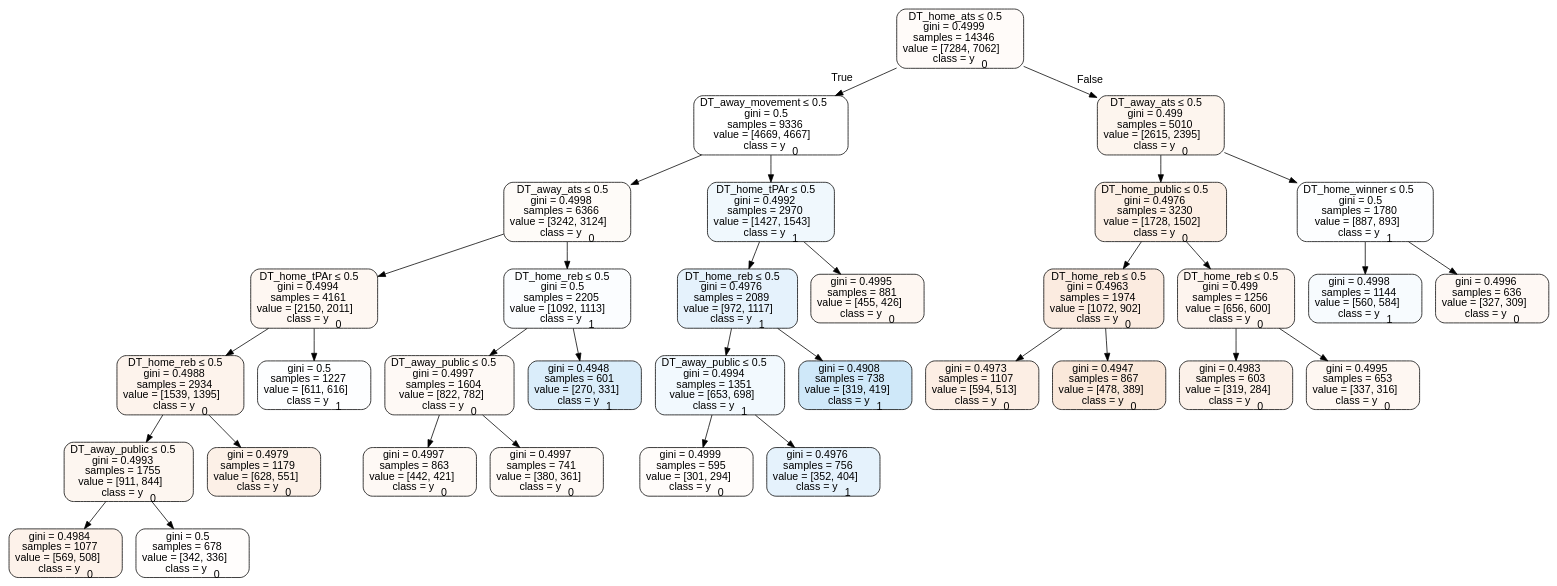
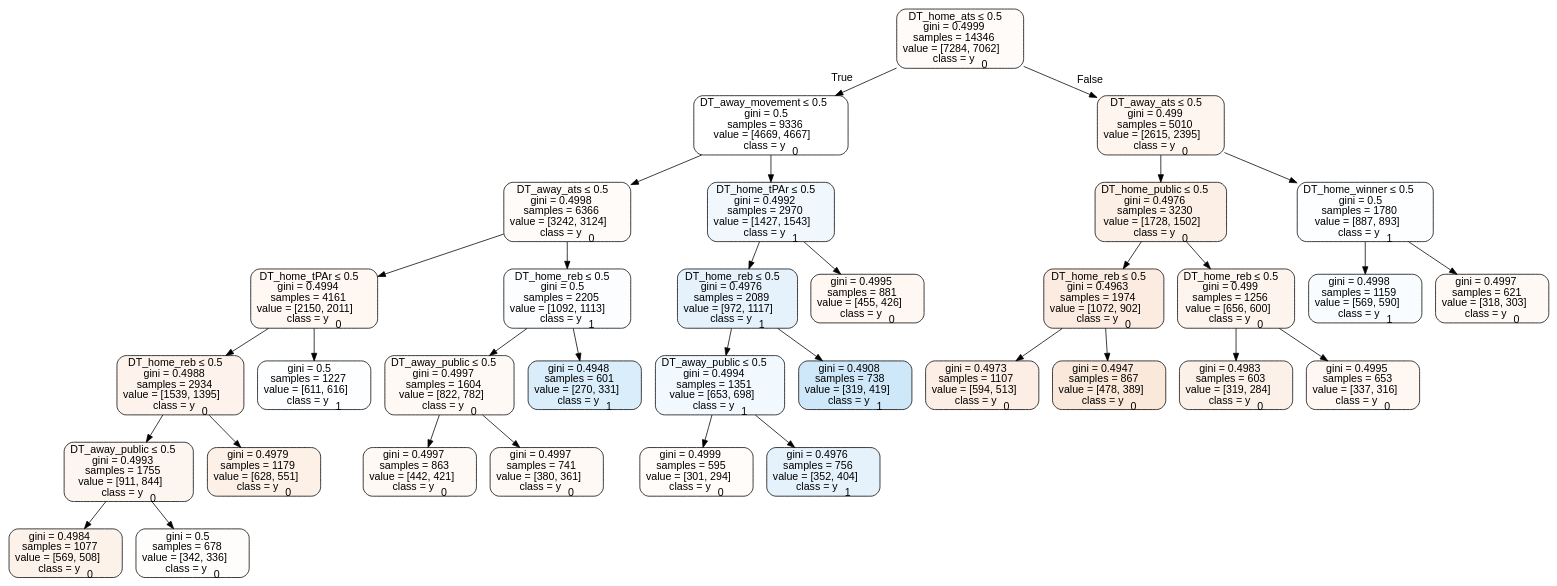
The diagram in tree_data/tree2017home.dot (usbogie/ncaa-bets), drawn with Graphviz before and after one commit. The commit also changed 27 other files, not shown here.

```diff
--- a/tree_data/tree2017home.dot
+++ b/tree_data/tree2017home.dot
@@ -1,69 +1,69 @@
 digraph Tree {
 node [shape=box, style="filled, rounded", color="black", fontname=helvetica] ;
 edge [fontname=helvetica] ;
 0 [label=<DT_home_ats &le; 0.5<br/>gini = 0.4999<br/>samples = 14346<br/>value = [7284, 7062]<br/>class = y<SUB>0</SUB>>, fillcolor="#e5813908"] ;
 1 [label=<DT_away_movement &le; 0.5<br/>gini = 0.5<br/>samples = 9336<br/>value = [4669, 4667]<br/>class = y<SUB>0</SUB>>, fillcolor="#e5813900"] ;
 0 -> 1 [labeldistance=2.5, labelangle=45, headlabel="True"] ;
 2 [label=<DT_away_ats &le; 0.5<br/>gini = 0.4998<br/>samples = 6366<br/>value = [3242, 3124]<br/>class = y<SUB>0</SUB>>, fillcolor="#e5813909"] ;
 1 -> 2 ;
 3 [label=<DT_home_tPAr &le; 0.5<br/>gini = 0.4994<br/>samples = 4161<br/>value = [2150, 2011]<br/>class = y<SUB>0</SUB>>, fillcolor="#e5813910"] ;
 2 -> 3 ;
 4 [label=<DT_home_reb &le; 0.5<br/>gini = 0.4988<br/>samples = 2934<br/>value = [1539, 1395]<br/>class = y<SUB>0</SUB>>, fillcolor="#e5813918"] ;
 3 -> 4 ;
 5 [label=<DT_away_public &le; 0.5<br/>gini = 0.4993<br/>samples = 1755<br/>value = [911, 844]<br/>class = y<SUB>0</SUB>>, fillcolor="#e5813913"] ;
 4 -> 5 ;
 6 [label=<gini = 0.4984<br/>samples = 1077<br/>value = [569, 508]<br/>class = y<SUB>0</SUB>>, fillcolor="#e581391b"] ;
 5 -> 6 ;
 7 [label=<gini = 0.5<br/>samples = 678<br/>value = [342, 336]<br/>class = y<SUB>0</SUB>>, fillcolor="#e5813904"] ;
 5 -> 7 ;
 8 [label=<gini = 0.4979<br/>samples = 1179<br/>value = [628, 551]<br/>class = y<SUB>0</SUB>>, fillcolor="#e581391f"] ;
 4 -> 8 ;
 9 [label=<gini = 0.5<br/>samples = 1227<br/>value = [611, 616]<br/>class = y<SUB>1</SUB>>, fillcolor="#399de502"] ;
 3 -> 9 ;
 10 [label=<DT_home_reb &le; 0.5<br/>gini = 0.5<br/>samples = 2205<br/>value = [1092, 1113]<br/>class = y<SUB>1</SUB>>, fillcolor="#399de505"] ;
 2 -> 10 ;
 11 [label=<DT_away_public &le; 0.5<br/>gini = 0.4997<br/>samples = 1604<br/>value = [822, 782]<br/>class = y<SUB>0</SUB>>, fillcolor="#e581390c"] ;
 10 -> 11 ;
 12 [label=<gini = 0.4997<br/>samples = 863<br/>value = [442, 421]<br/>class = y<SUB>0</SUB>>, fillcolor="#e581390c"] ;
 11 -> 12 ;
 13 [label=<gini = 0.4997<br/>samples = 741<br/>value = [380, 361]<br/>class = y<SUB>0</SUB>>, fillcolor="#e581390d"] ;
 11 -> 13 ;
 14 [label=<gini = 0.4948<br/>samples = 601<br/>value = [270, 331]<br/>class = y<SUB>1</SUB>>, fillcolor="#399de52f"] ;
 10 -> 14 ;
 15 [label=<DT_home_tPAr &le; 0.5<br/>gini = 0.4992<br/>samples = 2970<br/>value = [1427, 1543]<br/>class = y<SUB>1</SUB>>, fillcolor="#399de513"] ;
 1 -> 15 ;
 16 [label=<DT_home_reb &le; 0.5<br/>gini = 0.4976<br/>samples = 2089<br/>value = [972, 1117]<br/>class = y<SUB>1</SUB>>, fillcolor="#399de521"] ;
 15 -> 16 ;
 17 [label=<DT_away_public &le; 0.5<br/>gini = 0.4994<br/>samples = 1351<br/>value = [653, 698]<br/>class = y<SUB>1</SUB>>, fillcolor="#399de510"] ;
 16 -> 17 ;
 18 [label=<gini = 0.4999<br/>samples = 595<br/>value = [301, 294]<br/>class = y<SUB>0</SUB>>, fillcolor="#e5813906"] ;
 17 -> 18 ;
 19 [label=<gini = 0.4976<br/>samples = 756<br/>value = [352, 404]<br/>class = y<SUB>1</SUB>>, fillcolor="#399de521"] ;
 17 -> 19 ;
 20 [label=<gini = 0.4908<br/>samples = 738<br/>value = [319, 419]<br/>class = y<SUB>1</SUB>>, fillcolor="#399de53d"] ;
 16 -> 20 ;
 21 [label=<gini = 0.4995<br/>samples = 881<br/>value = [455, 426]<br/>class = y<SUB>0</SUB>>, fillcolor="#e5813910"] ;
 15 -> 21 ;
 22 [label=<DT_away_ats &le; 0.5<br/>gini = 0.499<br/>samples = 5010<br/>value = [2615, 2395]<br/>class = y<SUB>0</SUB>>, fillcolor="#e5813915"] ;
 0 -> 22 [labeldistance=2.5, labelangle=-45, headlabel="False"] ;
 23 [label=<DT_home_public &le; 0.5<br/>gini = 0.4976<br/>samples = 3230<br/>value = [1728, 1502]<br/>class = y<SUB>0</SUB>>, fillcolor="#e5813921"] ;
 22 -> 23 ;
 24 [label=<DT_home_reb &le; 0.5<br/>gini = 0.4963<br/>samples = 1974<br/>value = [1072, 902]<br/>class = y<SUB>0</SUB>>, fillcolor="#e5813928"] ;
 23 -> 24 ;
 25 [label=<gini = 0.4973<br/>samples = 1107<br/>value = [594, 513]<br/>class = y<SUB>0</SUB>>, fillcolor="#e5813923"] ;
 24 -> 25 ;
 26 [label=<gini = 0.4947<br/>samples = 867<br/>value = [478, 389]<br/>class = y<SUB>0</SUB>>, fillcolor="#e581392f"] ;
 24 -> 26 ;
 27 [label=<DT_home_reb &le; 0.5<br/>gini = 0.499<br/>samples = 1256<br/>value = [656, 600]<br/>class = y<SUB>0</SUB>>, fillcolor="#e5813916"] ;
 23 -> 27 ;
 28 [label=<gini = 0.4983<br/>samples = 603<br/>value = [319, 284]<br/>class = y<SUB>0</SUB>>, fillcolor="#e581391c"] ;
 27 -> 28 ;
 29 [label=<gini = 0.4995<br/>samples = 653<br/>value = [337, 316]<br/>class = y<SUB>0</SUB>>, fillcolor="#e5813910"] ;
 27 -> 29 ;
 30 [label=<DT_home_winner &le; 0.5<br/>gini = 0.5<br/>samples = 1780<br/>value = [887, 893]<br/>class = y<SUB>1</SUB>>, fillcolor="#399de502"] ;
 22 -> 30 ;
-31 [label=<gini = 0.4998<br/>samples = 1144<br/>value = [560, 584]<br/>class = y<SUB>1</SUB>>, fillcolor="#399de50a"] ;
+31 [label=<gini = 0.4998<br/>samples = 1159<br/>value = [569, 590]<br/>class = y<SUB>1</SUB>>, fillcolor="#399de509"] ;
 30 -> 31 ;
-32 [label=<gini = 0.4996<br/>samples = 636<br/>value = [327, 309]<br/>class = y<SUB>0</SUB>>, fillcolor="#e581390e"] ;
+32 [label=<gini = 0.4997<br/>samples = 621<br/>value = [318, 303]<br/>class = y<SUB>0</SUB>>, fillcolor="#e581390c"] ;
 30 -> 32 ;
 }
```
